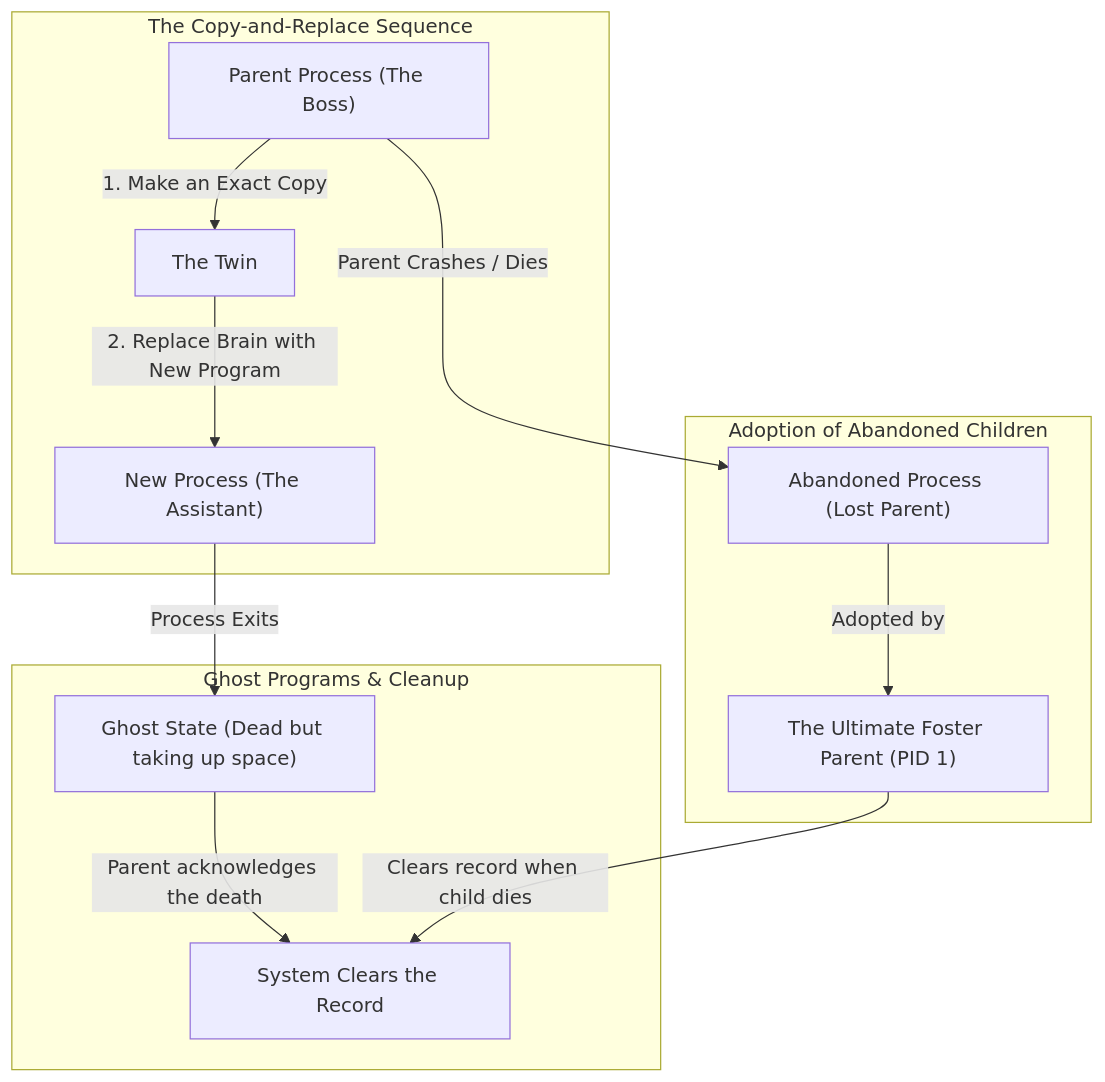
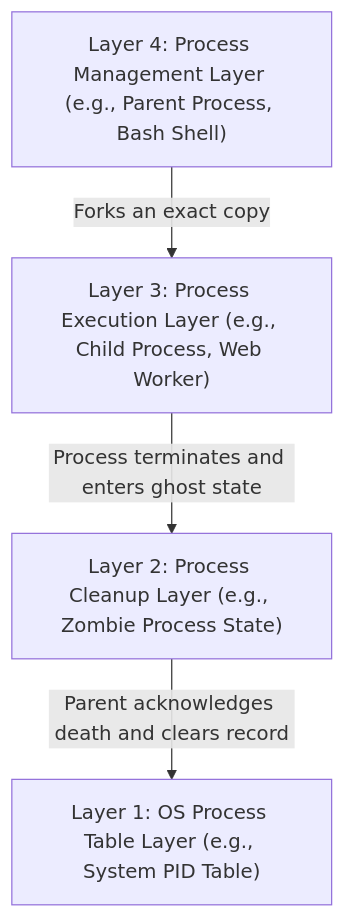
The diagram in website/pages/modules/module-03/lesson-02.md (aloysiuspattath/platform-engineering-ai-course), drawn with Mermaid before and after one commit. The commit also changed other lines of this file and 56 other files, not shown here.

Commit message:
refactor: simplify architecture diagrams into single-line layered models

````diff
--- a/website/pages/modules/module-03/lesson-02.md
+++ b/website/pages/modules/module-03/lesson-02.md
@@ -85,18 +85,6 @@
 ```mermaid
 flowchart TD
-    subgraph ProcessCreation [The Copy-and-Replace Sequence]
-        PARENT["Parent Process (The Boss)"] -->|1. Make an Exact Copy| CHILD_CLONE["The Twin"]
-        CHILD_CLONE -->|2. Replace Brain with New Program| CHILD_NEW["New Process (The Assistant)"]
-    end
-
-    subgraph ZombieLifecycle [Ghost Programs & Cleanup]
-        CHILD_NEW -->|Process Exits| ZOMBIE["Ghost State (Dead but taking up space)"]
-        ZOMBIE -->|Parent acknowledges the death| REAPED["System Clears the Record"]
-    end
-
-    subgraph OrphanAdoption [Adoption of Abandoned Children]
-        PARENT -->|Parent Crashes / Dies| ORPHAN["Abandoned Process (Lost Parent)"]
-        ORPHAN -->|Adopted by| PID1["The Ultimate Foster Parent (PID 1)"]
-        PID1 -->|Clears record when child dies| REAPED
-    end
+    L4["Layer 4: Process Management Layer (e.g., Parent Process, Bash Shell)"] -->|Forks an exact copy| L3["Layer 3: Process Execution Layer (e.g., Child Process, Web Worker)"]
+    L3 -->|Process terminates and enters ghost state| L2["Layer 2: Process Cleanup Layer (e.g., Zombie Process State)"]
+    L2 -->|Parent acknowledges death and clears record| L1["Layer 1: OS Process Table Layer (e.g., System PID Table)"]
 ```
````
